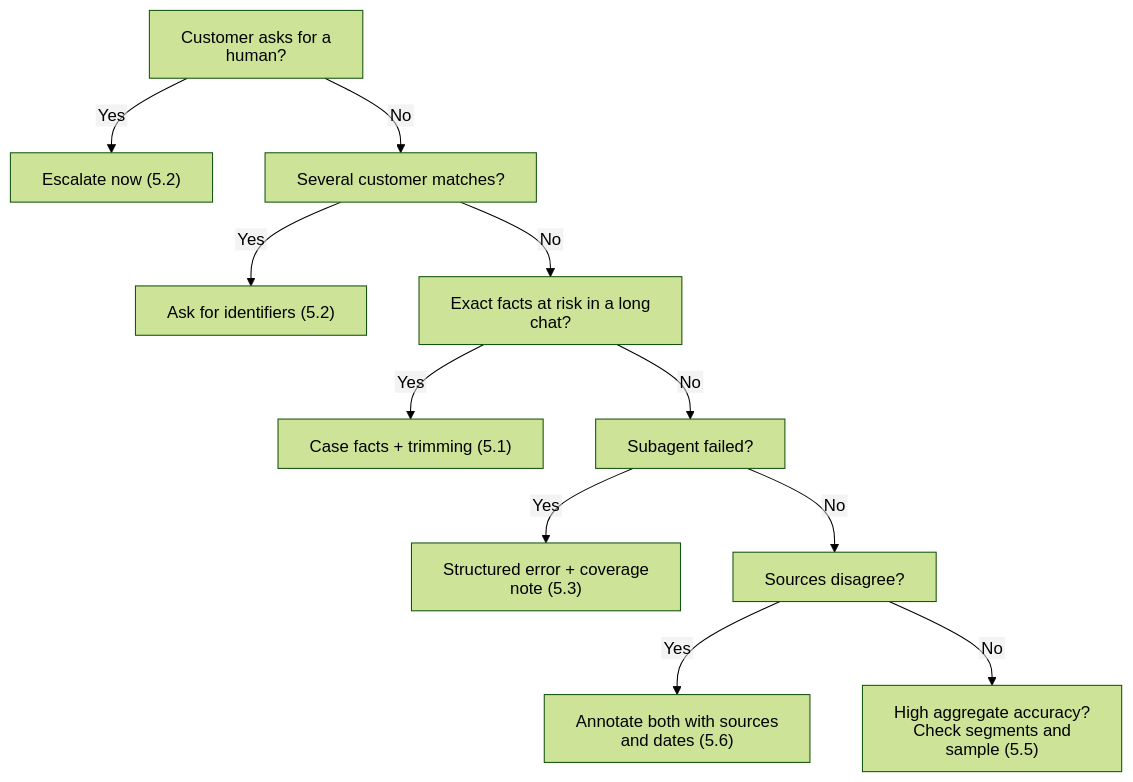
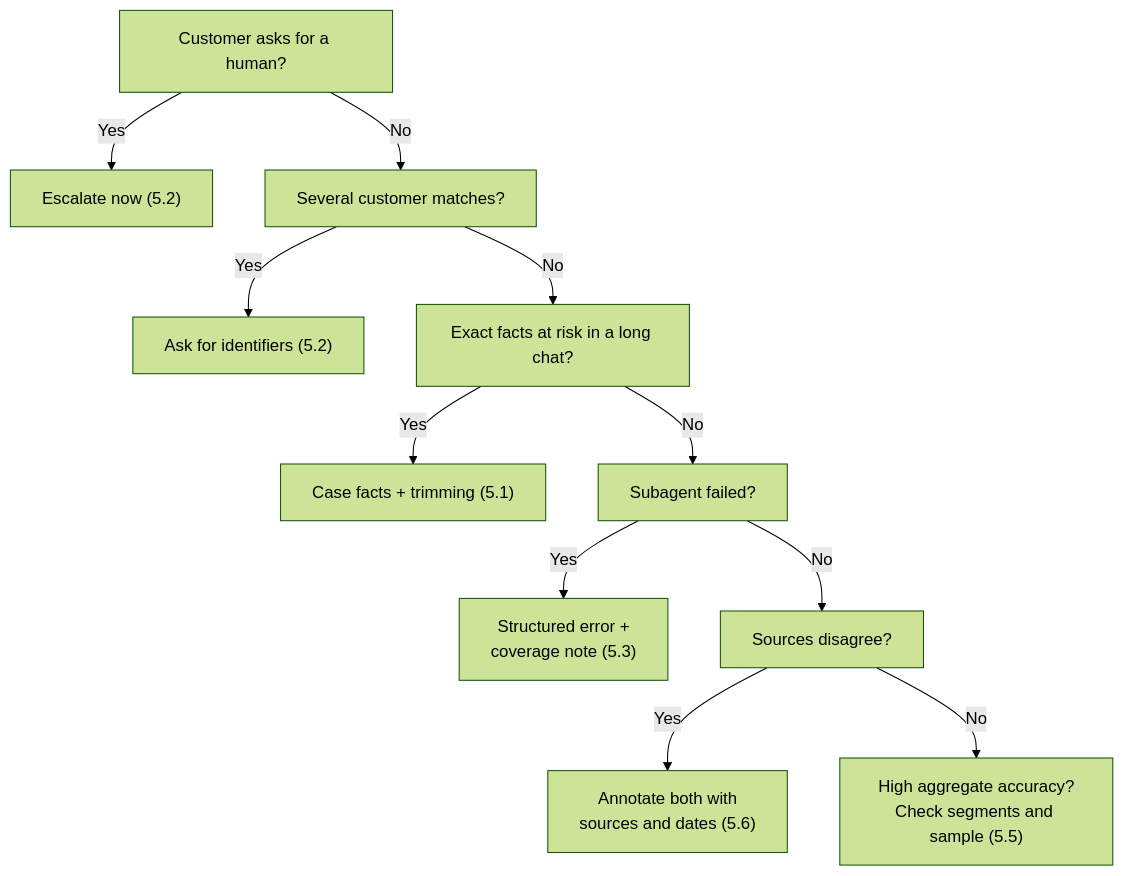
One commit to dip4k/claude_cert_architect_foundation_prep changed the second of 2 diagrams in domain5/README.md. Above: the diagram before and after it, drawn with Mermaid (forest theme). The commit also changed other lines of this file and 99 other files, not shown here.

````diff
--- a/domain5/README.md
+++ b/domain5/README.md
@@ -105,17 +101,13 @@
 ```mermaid
----
-config:
-  htmlLabels: false
----
 flowchart TD
     Q1["Customer asks for a human?"] -->|"Yes"| A1["Escalate now (5.2)"]
     Q1 -->|"No"| Q2["Several customer matches?"]
     Q2 -->|"Yes"| A2["Ask for identifiers (5.2)"]
     Q2 -->|"No"| Q3["Exact facts at risk in a long chat?"]
     Q3 -->|"Yes"| A3["Case facts + trimming (5.1)"]
     Q3 -->|"No"| Q4["Subagent failed?"]
-    Q4 -->|"Yes"| A4["Structured error + coverage note (5.3)"]
+    Q4 -->|"Yes"| A4["Structured error +<br>coverage note (5.3)"]
     Q4 -->|"No"| Q5["Sources disagree?"]
-    Q5 -->|"Yes"| A5["Annotate both with sources and dates (5.6)"]
+    Q5 -->|"Yes"| A5["Annotate both with<br>sources and dates (5.6)"]
     Q5 -->|"No"| A6["High aggregate accuracy?<br>Check segments and sample (5.5)"]
 ```
````
